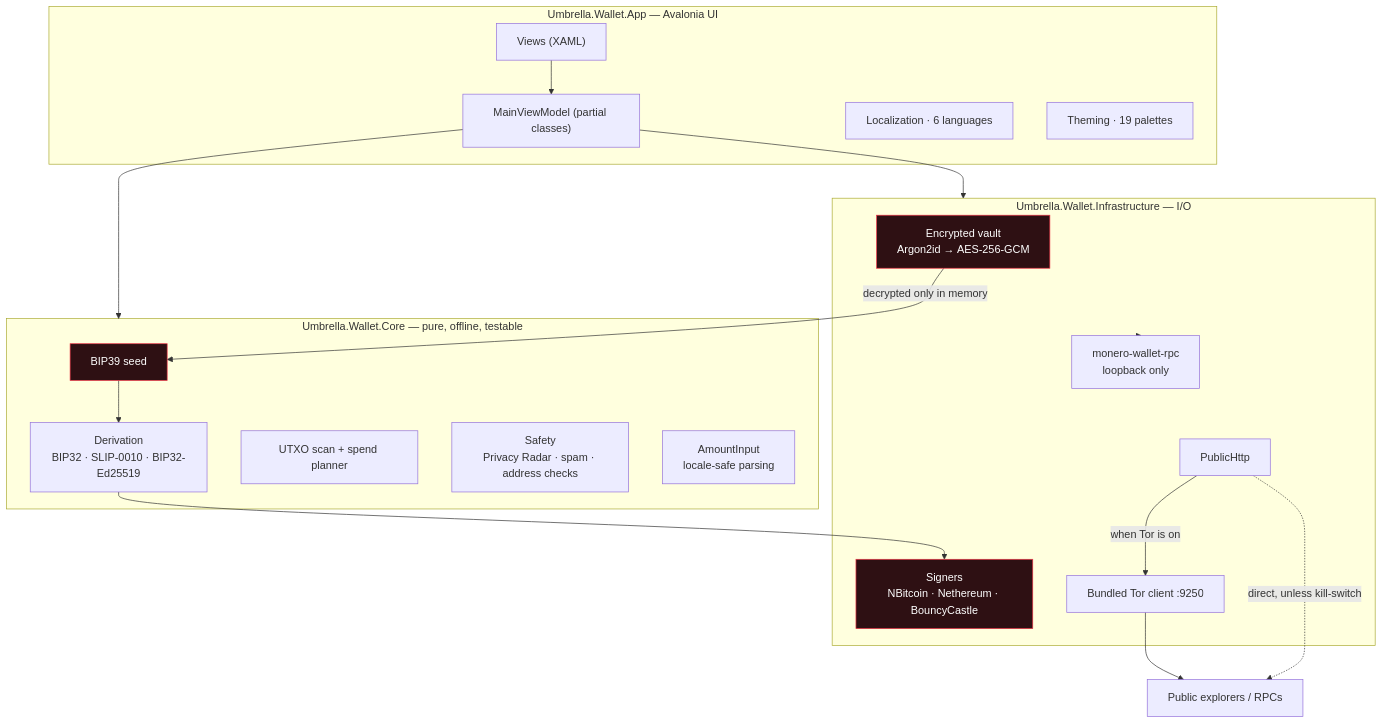
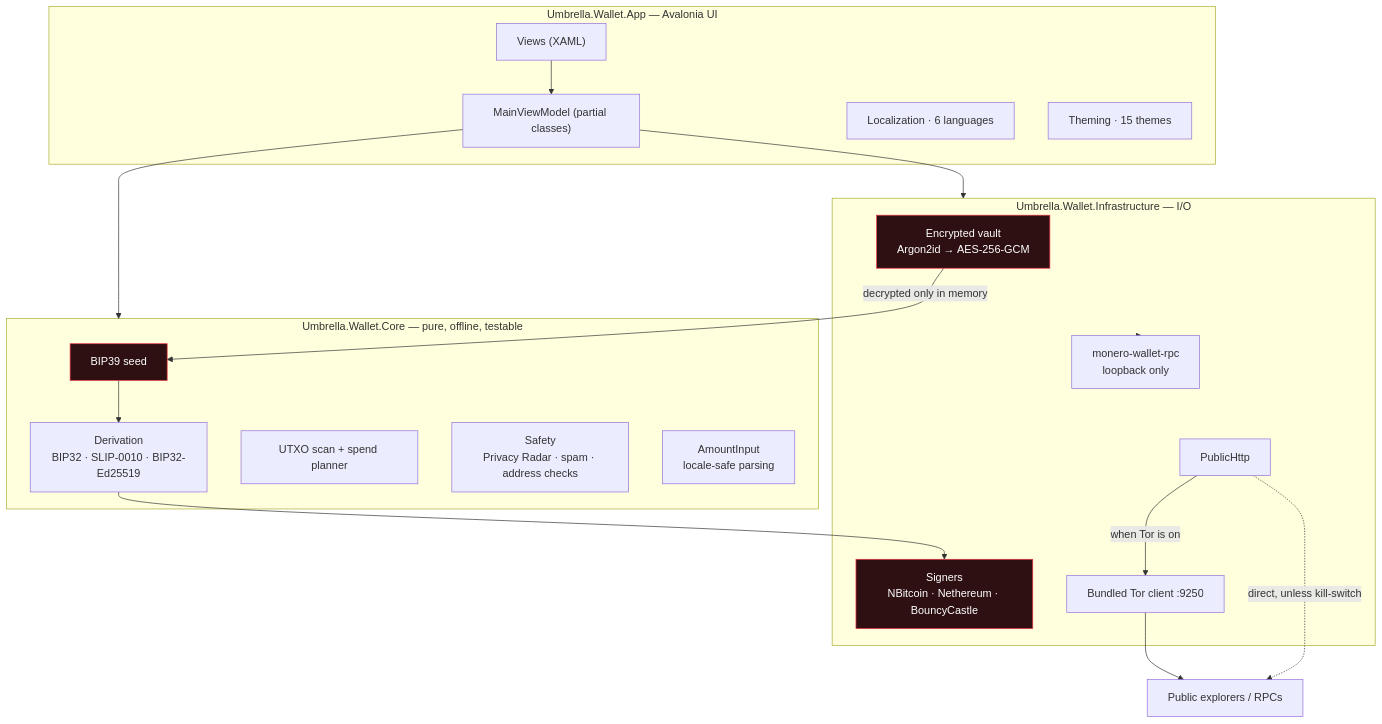
One commit to thefear078/Phobia-Wallet changed the diagram in README.md. Above: the diagram before and after it, drawn with Mermaid. The commit also changed other lines of this file and 52 other files, not shown here.

````diff
--- a/README.md
+++ b/README.md
@@ -300,39 +307,39 @@
 ```mermaid
 flowchart TB
     subgraph UI["Umbrella.Wallet.App — Avalonia UI"]
         V["Views (XAML)"]
         VM["MainViewModel (partial classes)"]
         LOC["Localization · 6 languages"]
-        THEME["Theming · 19 palettes"]
+        THEME["Theming · 15 themes"]
     end
 
     subgraph CORE["Umbrella.Wallet.Core — pure, offline, testable"]
         SEED["BIP39 seed"]
         DERIVE["Derivation<br/>BIP32 · SLIP-0010 · BIP32-Ed25519"]
         UTXO["UTXO scan + spend planner"]
         SAFETY["Safety<br/>Privacy Radar · spam · address checks"]
         AMOUNT["AmountInput<br/>locale-safe parsing"]
     end
 
     subgraph INFRA["Umbrella.Wallet.Infrastructure — I/O"]
         VAULT["Encrypted vault<br/>Argon2id → AES-256-GCM"]
         HTTP["PublicHttp"]
         TOR["Bundled Tor client :9250"]
         XMRRPC["monero-wallet-rpc<br/>loopback only"]
         SIGN["Signers<br/>NBitcoin · Nethereum · BouncyCastle"]
     end
 
     EXPL["Public explorers / RPCs"]
 
     V --> VM
     VM --> CORE
     VM --> INFRA
     HTTP -->|"when Tor is on"| TOR --> EXPL
     HTTP -.->|"direct, unless kill-switch"| EXPL
     INFRA --> XMRRPC
     VAULT -->|"decrypted only in memory"| SEED
     SEED --> DERIVE --> SIGN
 
     classDef secret fill:#2E1013,stroke:#EE3244,color:#fff
     class SEED,VAULT,SIGN secret
 ```
````
